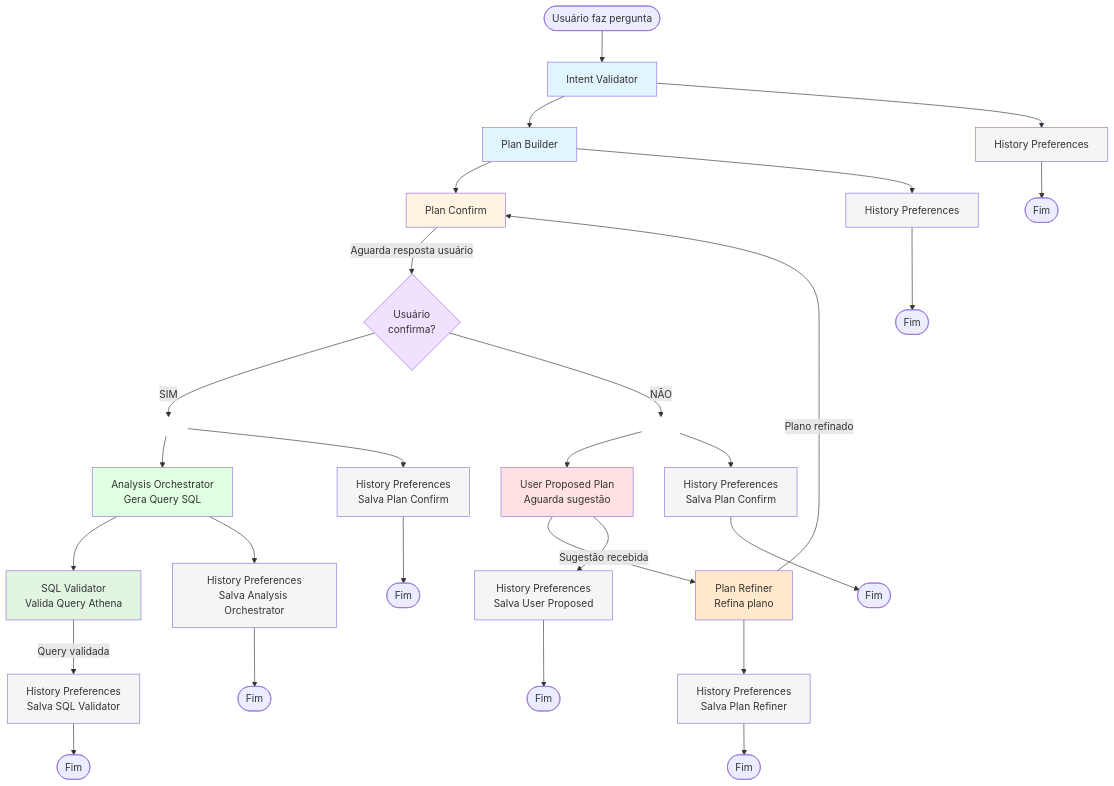
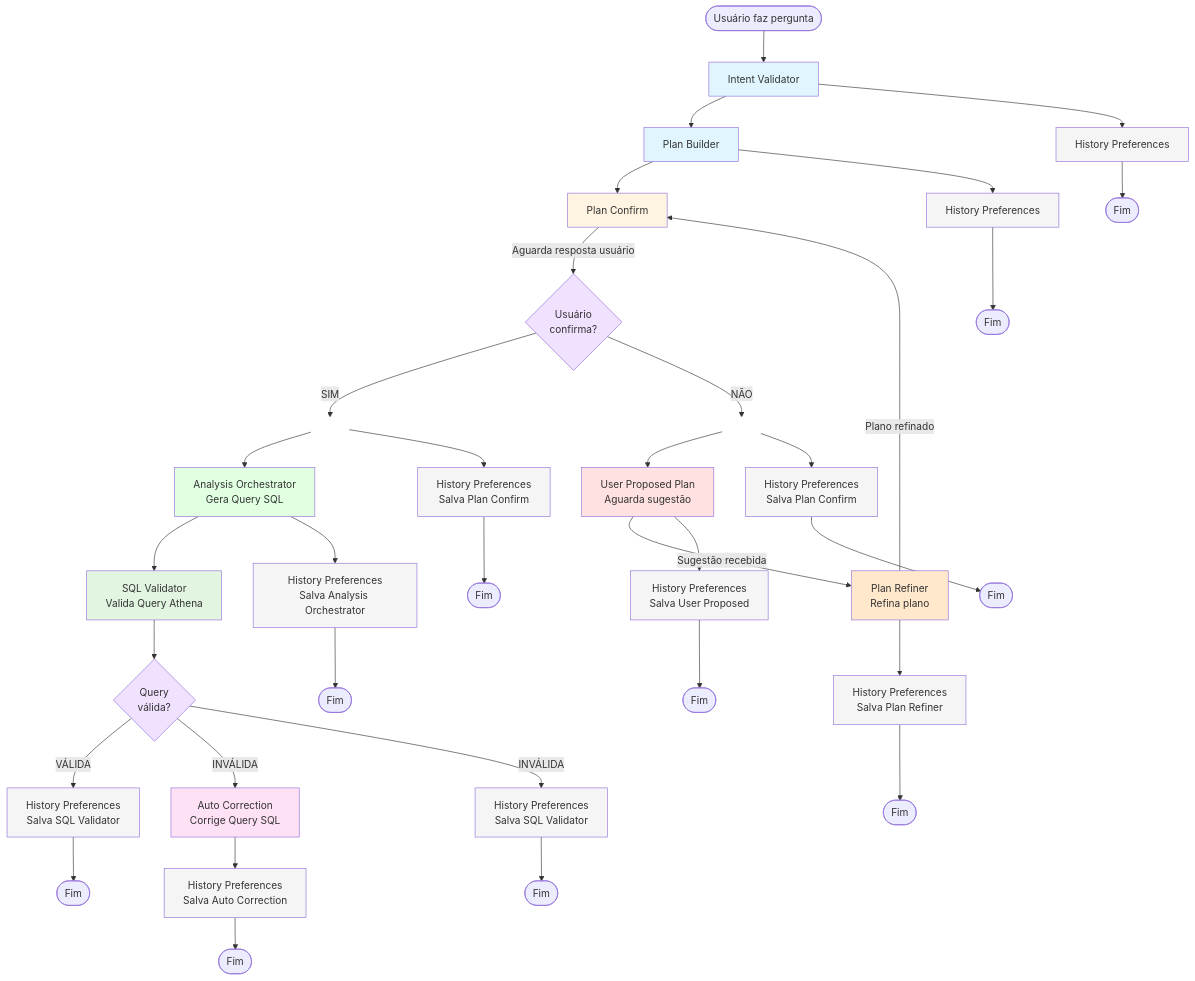
One commit to thigarciaj/ezpocket changed the diagram in actual_state_solution/graph_orchestrator_flow.mmd. Above: the diagram before and after it, drawn with Mermaid. The commit also changed 13 other files, not shown here.

```diff
--- a/actual_state_solution/graph_orchestrator_flow.mmd
+++ b/actual_state_solution/graph_orchestrator_flow.mmd
@@ -1,61 +1,77 @@
 graph TD
     Start([Usuário faz pergunta]) --> IntentValidator[Intent Validator]
     
     IntentValidator --> PlanBuilder[Plan Builder]
     IntentValidator --> H1[History Preferences]
     
     PlanBuilder --> PlanConfirm[Plan Confirm]
     PlanBuilder --> H2[History Preferences]
     
     PlanConfirm -->|Aguarda resposta usuário| Decision{Usuário<br/>confirma?}
     
     %% Ramo SIM (apenas uma seta)
     Decision -->|SIM| Yes[  ]
     Yes --> AnalysisOrchestrator[Analysis Orchestrator<br/>Gera Query SQL]
     Yes --> H3[History Preferences<br/>Salva Plan Confirm]
 
     %% Ramo NÃO (apenas uma seta)
     Decision -->|NÃO| No[  ]
     No --> UserProposed[User Proposed Plan<br/>Aguarda sugestão]
     No --> H4[History Preferences<br/>Salva Plan Confirm]
     
     %% Fluxo após Analysis Orchestrator: Paralelo para SQL Validator + History
     AnalysisOrchestrator -->SQLValidator[SQL Validator<br/>Valida Query Athena]
     AnalysisOrchestrator -->H5[History Preferences<br/>Salva Analysis Orchestrator]
     
-    %% SQL Validator valida e salva
-    SQLValidator -->|Query validada| H8[History Preferences<br/>Salva SQL Validator]
+    %% SQL Validator decide o fluxo baseado na validação
+    SQLValidator --> ValidationDecision{Query<br/>válida?}
+    
+    %% Se query VÁLIDA: vai direto para History
+    ValidationDecision -->|VÁLIDA| H8[History Preferences<br/>Salva SQL Validator]
+    
+    %% Se query INVÁLIDA: vai para AutoCorrection + History (paralelo)
+    ValidationDecision -->|INVÁLIDA| AutoCorrection[Auto Correction<br/>Corrige Query SQL]
+    ValidationDecision -->|INVÁLIDA| H8B[History Preferences<br/>Salva SQL Validator]
+    
+    %% AutoCorrection corrige e salva no History
+    AutoCorrection --> H9[History Preferences<br/>Salva Auto Correction]
     
     UserProposed -->|Sugestão recebida| PlanRefiner[Plan Refiner<br/>Refina plano]
     UserProposed --> H6[History Preferences<br/>Salva User Proposed]
     
     PlanRefiner -->|Plano refinado| PlanConfirm
     PlanRefiner --> H7[History Preferences<br/>Salva Plan Refiner]
     
     H1 --> End1([Fim])
     H2 --> End2([Fim])
     H3 --> End3([Fim])
     H4 --> End4([Fim])
     H5 --> End5([Fim])
     H6 --> End6([Fim])
     H7 --> End7([Fim])
     H8 --> End8([Fim])
+    H8B --> End8B([Fim])
+    H9 --> End9([Fim])
 
     style IntentValidator fill:#e1f5ff
     style PlanBuilder fill:#e1f5ff
     style PlanConfirm fill:#fff4e1
     style AnalysisOrchestrator fill:#e1ffe1
     style SQLValidator fill:#e1f5e1
+    style AutoCorrection fill:#ffe1f5
     style UserProposed fill:#ffe1e1
     style PlanRefiner fill:#ffe8cc
     style Decision fill:#f0e1ff
+    style ValidationDecision fill:#f0e1ff
     style Yes fill:#ffffff,stroke:#ffffff
     style No fill:#ffffff,stroke:#ffffff
     style H1 fill:#f5f5f5
     style H2 fill:#f5f5f5
     style H3 fill:#f5f5f5
     style H4 fill:#f5f5f5
     style H5 fill:#f5f5f5
     style H6 fill:#f5f5f5
     style H7 fill:#f5f5f5
     style H8 fill:#f5f5f5
+    style H8B fill:#f5f5f5
+    style H9 fill:#f5f5f5
```
